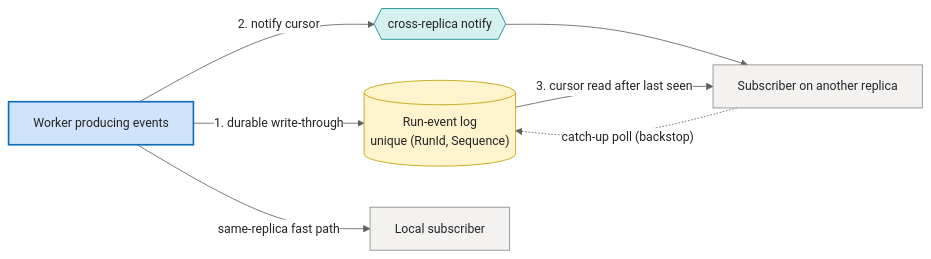
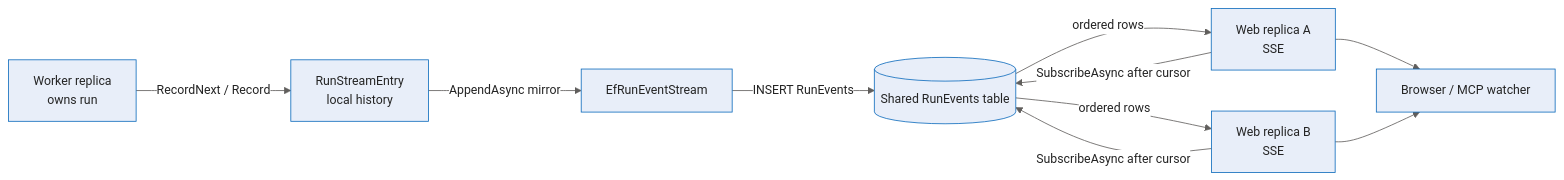
The fifth of 5 diagrams in docs/deep-dive/distributed-execution-scaling.md (sabbour/agentweaver), drawn with Mermaid before and after one commit. The commit also changed other lines of this file and 19 other files, not shown here.

````diff
--- a/docs/deep-dive/distributed-execution-scaling.md
+++ b/docs/deep-dive/distributed-execution-scaling.md
@@ -229,23 +214,13 @@
 ```mermaid
 %%{init: {'theme':'base','themeVariables':{'fontFamily':'Segoe UI, system-ui, -apple-system, sans-serif','fontSize':'15px','primaryColor':'#E8EEF9','primaryBorderColor':'#0F6CBD','primaryTextColor':'#242424','lineColor':'#605E5C','clusterBkg':'#FAF9F8','clusterBorder':'#D2D0CE','edgeLabelBackground':'#FFFFFF'}}}%%
 flowchart LR
-    Prod["Worker producing events"] -->|"1. durable write-through"| Log[("Run-event log<br/>unique (RunId, Sequence)")]
-    Prod -->|"2. notify cursor"| Bus{{"cross-replica notify"}}
-    Bus --> Sub["Subscriber on another replica"]
-    Log -->|"3. cursor read after last seen"| Sub
-    Sub -. "catch-up poll (backstop)" .-> Log
-    Prod -->|"same-replica fast path"| LocalSub["Local subscriber"]
-
-    classDef client fill:#E8EEF9,stroke:#0F6CBD,stroke-width:1px,color:#242424;
-    classDef svc fill:#F3F2F1,stroke:#8A8886,stroke-width:1px,color:#242424;
-    classDef core fill:#CFE4FA,stroke:#0F6CBD,stroke-width:2px,color:#242424;
-    classDef data fill:#FFF4CE,stroke:#C19C00,stroke-width:1px,color:#242424;
-    classDef ext fill:#F0E8F8,stroke:#8764B8,stroke-width:1px,color:#242424;
-    classDef runtime fill:#DDF3DD,stroke:#107C10,stroke-width:1px,color:#242424;
-    classDef evt fill:#D6F0F0,stroke:#038387,stroke-width:1px,color:#242424;
-    class Prod core;
-    class Log data;
-    class Bus evt;
-    class Sub svc;
-    class LocalSub svc;
+    W["Worker replica<br/>owns run"] -->|RecordNext / Record| L["RunStreamEntry<br/>local history"]
+    L -->|AppendAsync mirror| E["EfRunEventStream"]
+    E -->|INSERT RunEvents| DB[("Shared RunEvents table")]
+    A["Web replica A<br/>SSE"] -->|SubscribeAsync after cursor| DB
+    B["Web replica B<br/>SSE"] -->|SubscribeAsync after cursor| DB
+    DB -->|ordered rows| A
+    DB -->|ordered rows| B
+    A --> C["Browser / MCP watcher"]
+    B --> C
 ```
````
